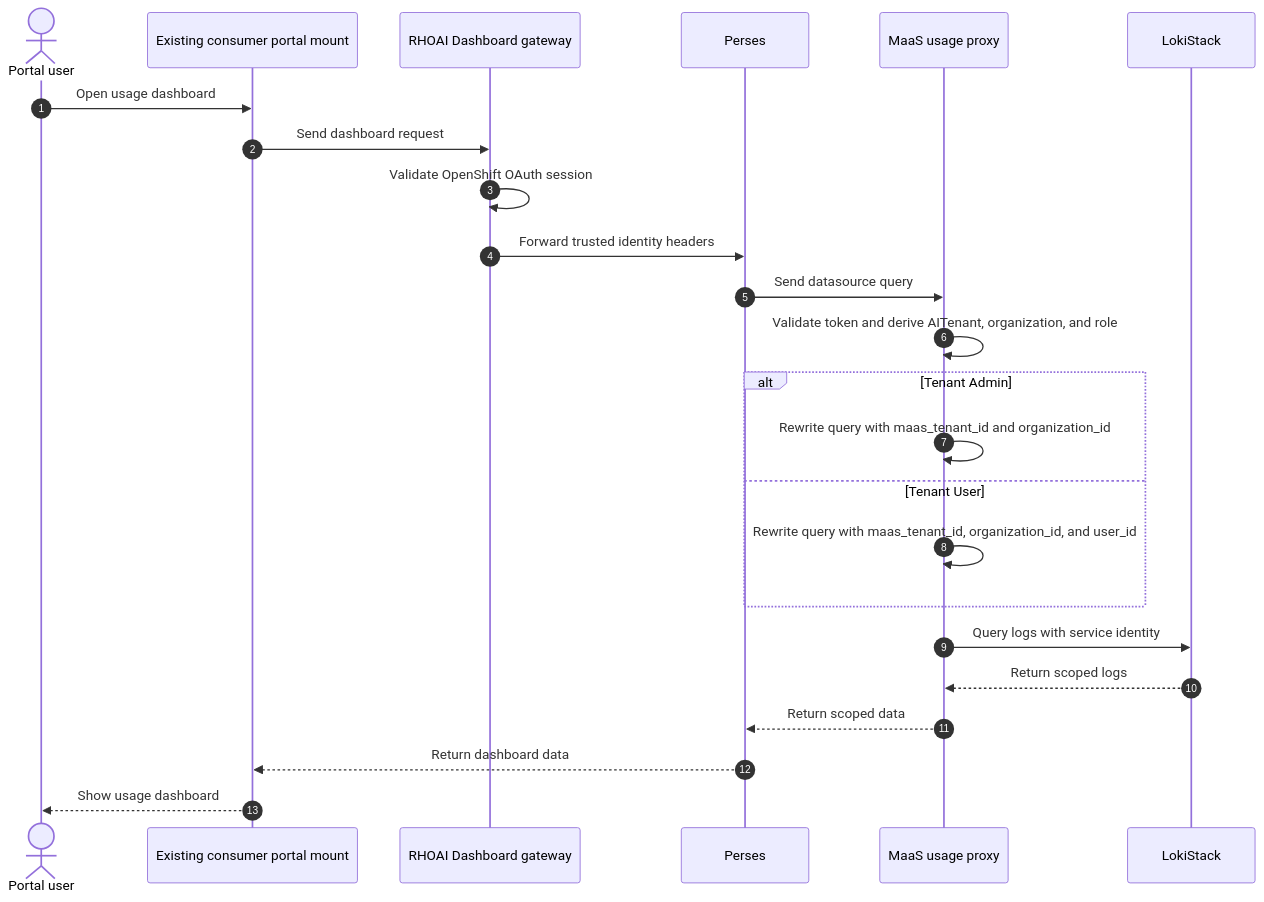
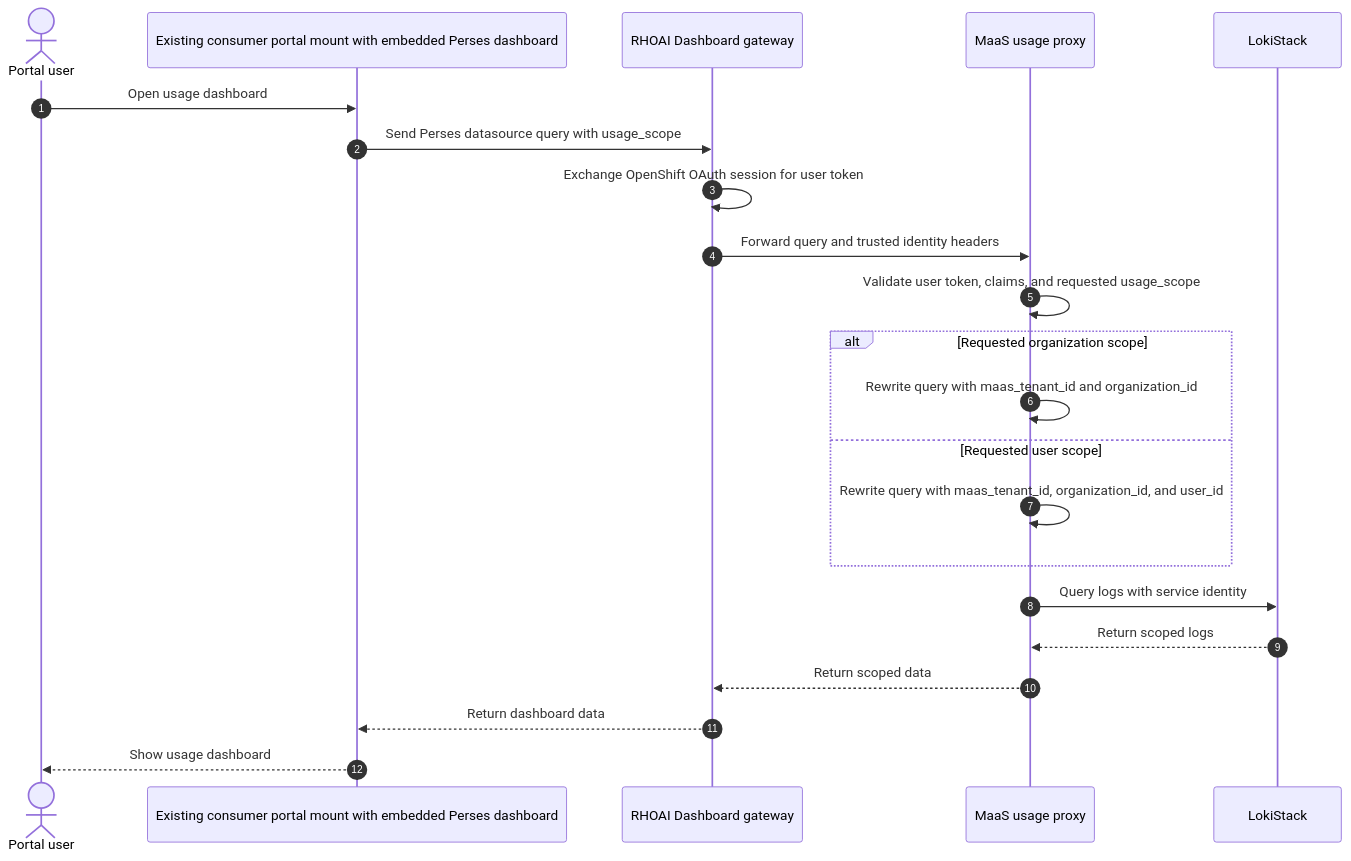
One commit to opendatahub-io/architecture-decision-records changed the third of 3 diagrams in architecture-decision-records/model-serving/ODH-ADR-MS-0009-maas-usage-dashboard-oidc-authorization-and-data-scoping.md. Above: the diagram before and after it, drawn with Mermaid. The commit also changed other lines of this file, not shown here.

Commit message:
Update diagram for clarity and address review comments.

````diff
--- a/architecture-decision-records/model-serving/ODH-ADR-MS-0009-maas-usage-dashboard-oidc-authorization-and-data-scoping.md
+++ b/architecture-decision-records/model-serving/ODH-ADR-MS-0009-maas-usage-dashboard-oidc-authorization-and-data-scoping.md
@@ -148,29 +154,27 @@
 ```mermaid
 sequenceDiagram
   autonumber
   actor User as Portal user
-  participant UI as Existing consumer portal mount
+  participant UI as Existing consumer portal mount with embedded Perses dashboard
   participant Gateway as RHOAI Dashboard gateway
-  participant Perses as Perses
   participant Usage as MaaS usage proxy
   participant Loki as LokiStack
 
   User->>UI: Open usage dashboard
-  UI->>Gateway: Send dashboard request
-  Gateway->>Gateway: Validate OpenShift OAuth session
-  Gateway->>Perses: Forward trusted identity headers
-  Perses->>Usage: Send datasource query
-  Usage->>Usage: Validate token and derive AITenant, organization, and role
+  UI->>Gateway: Send Perses datasource query with usage_scope
+  Gateway->>Gateway: Exchange OpenShift OAuth session for user token
+  Gateway->>Usage: Forward query and trusted identity headers
+  Usage->>Usage: Validate user token, claims, and requested usage_scope
 
-  alt Tenant Admin
+  alt Requested organization scope
     Usage->>Usage: Rewrite query with maas_tenant_id and organization_id
-  else Tenant User
+  else Requested user scope
     Usage->>Usage: Rewrite query with maas_tenant_id, organization_id, and user_id
   end
 
   Usage->>Loki: Query logs with service identity
   Loki-->>Usage: Return scoped logs
-  Usage-->>Perses: Return scoped data
-  Perses-->>UI: Return dashboard data
+  Usage-->>Gateway: Return scoped data
+  Gateway-->>UI: Return dashboard data
   UI-->>User: Show usage dashboard
 ```
````
